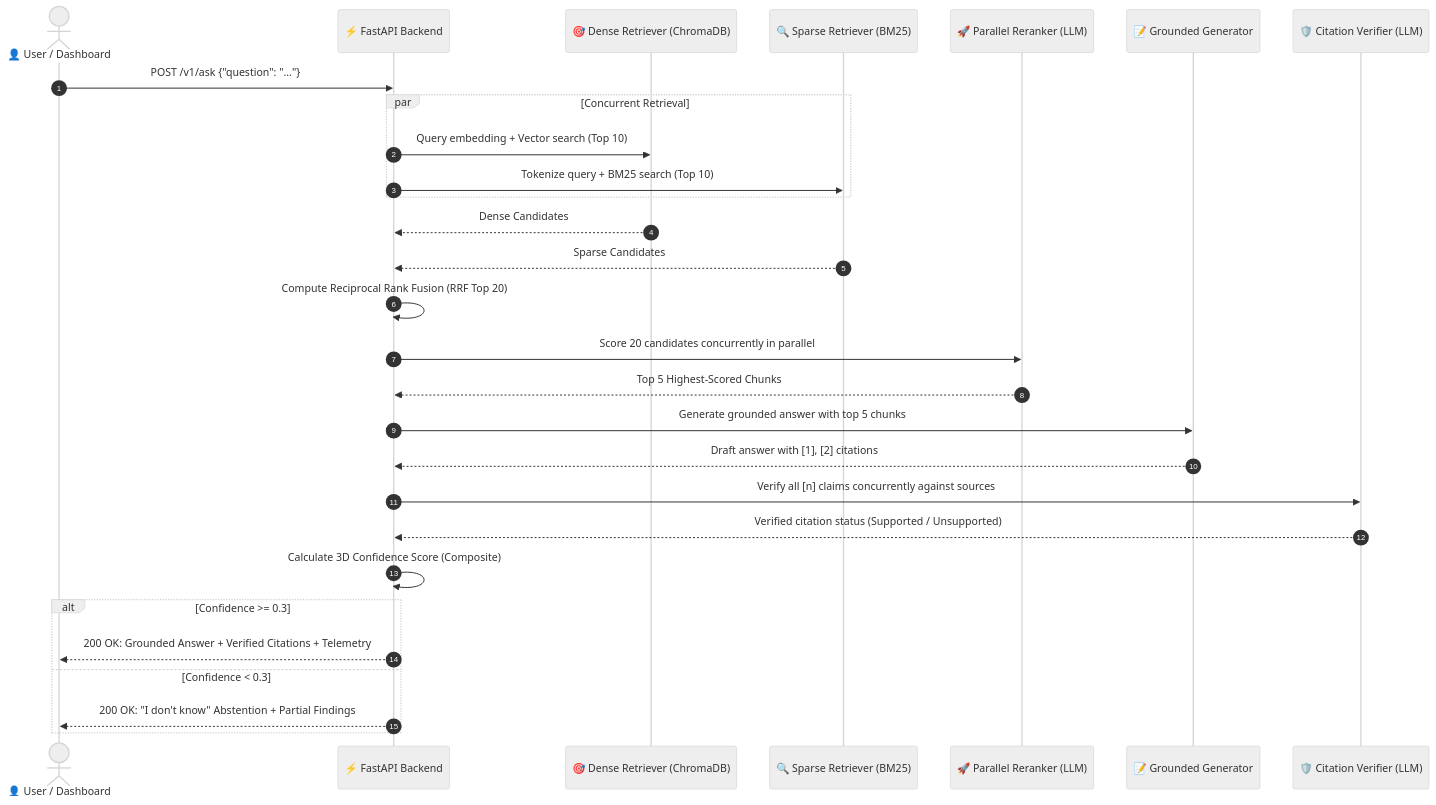
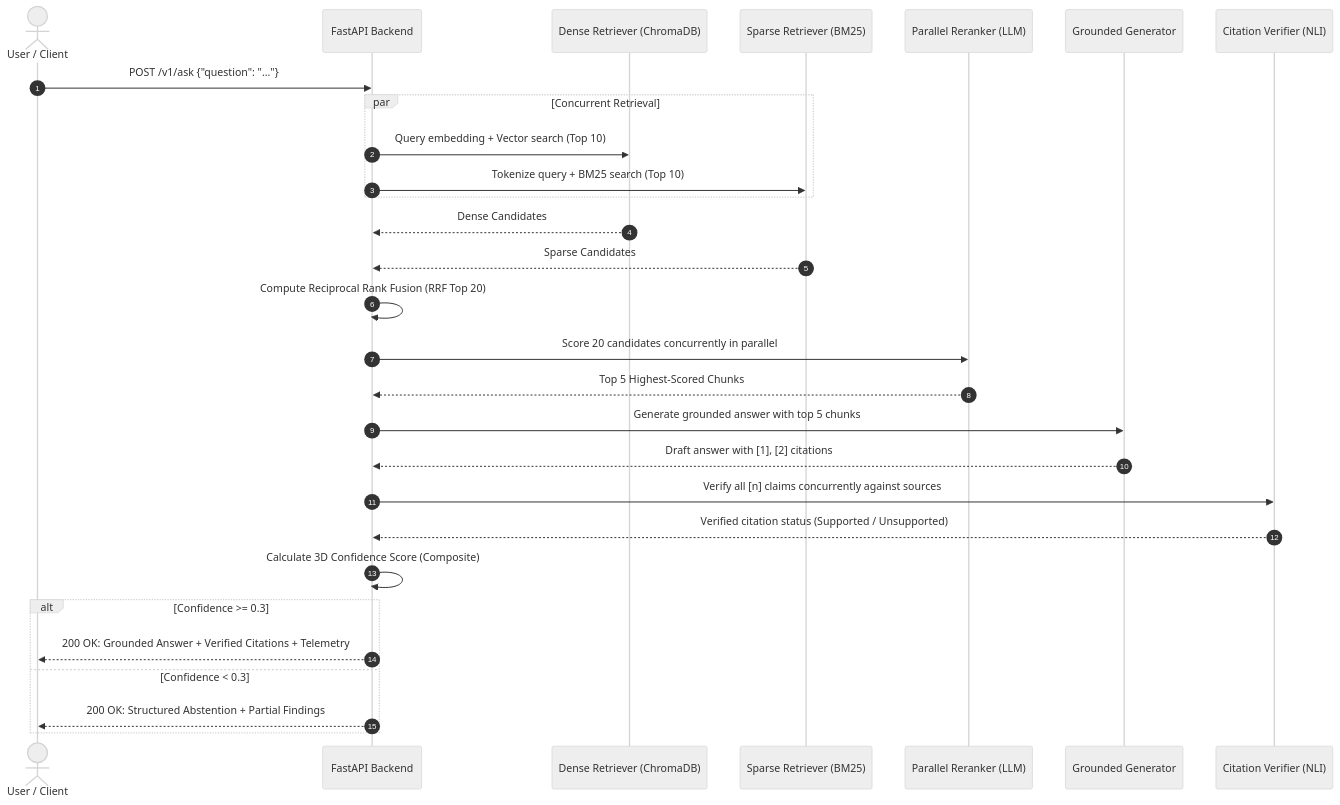
Before and after one commit to Gunjannnn30/RAG-Pipeline-Hybrid-Search: the second of 2 diagrams in README.md, drawn with Mermaid (neutral theme). The commit also changed other lines of this file and 6 other files, not shown here.

````diff
--- a/README.md
+++ b/README.md
@@ -122,36 +134,36 @@
 ```mermaid
 sequenceDiagram
     autonumber
-    actor User as 👤 User / Dashboard
-    participant API as ⚡ FastAPI Backend
-    participant Dense as 🎯 Dense Retriever (ChromaDB)
-    participant Sparse as 🔍 Sparse Retriever (BM25)
-    participant Rerank as 🚀 Parallel Reranker (LLM)
-    participant Gen as 📝 Grounded Generator
-    participant Verify as 🛡️ Citation Verifier (LLM)
+    actor User as User / Client
+    participant API as FastAPI Backend
+    participant Dense as Dense Retriever (ChromaDB)
+    participant Sparse as Sparse Retriever (BM25)
+    participant Rerank as Parallel Reranker (LLM)
+    participant Gen as Grounded Generator
+    participant Verify as Citation Verifier (NLI)
 
     User->>API: POST /v1/ask {"question": "..."}
     par Concurrent Retrieval
         API->>Dense: Query embedding + Vector search (Top 10)
         API->>Sparse: Tokenize query + BM25 search (Top 10)
     end
     Dense-->>API: Dense Candidates
     Sparse-->>API: Sparse Candidates
     API->>API: Compute Reciprocal Rank Fusion (RRF Top 20)
     
     API->>Rerank: Score 20 candidates concurrently in parallel
     Rerank-->>API: Top 5 Highest-Scored Chunks
     
     API->>Gen: Generate grounded answer with top 5 chunks
     Gen-->>API: Draft answer with [1], [2] citations
     
     API->>Verify: Verify all [n] claims concurrently against sources
     Verify-->>API: Verified citation status (Supported / Unsupported)
     
     API->>API: Calculate 3D Confidence Score (Composite)
     alt Confidence >= 0.3
         API-->>User: 200 OK: Grounded Answer + Verified Citations + Telemetry
     else Confidence < 0.3
-        API-->>User: 200 OK: "I don't know" Abstention + Partial Findings
+        API-->>User: 200 OK: Structured Abstention + Partial Findings
     end
 ```
````
